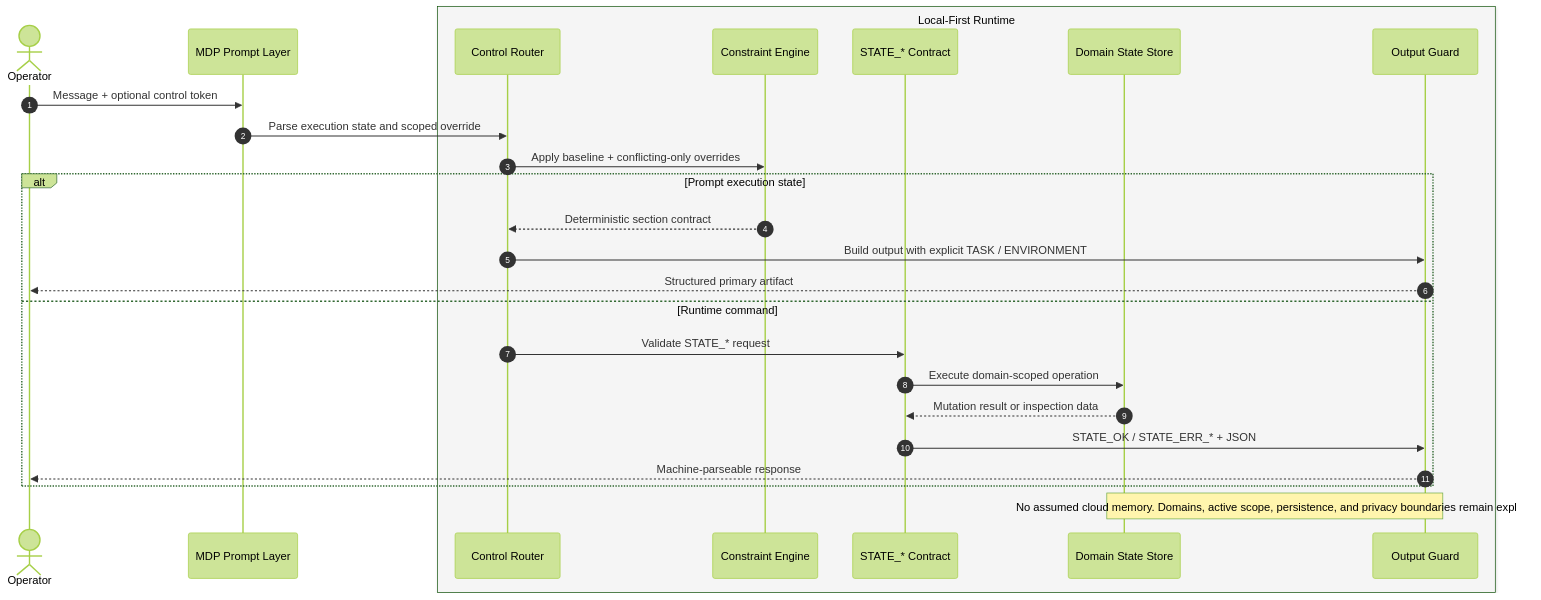
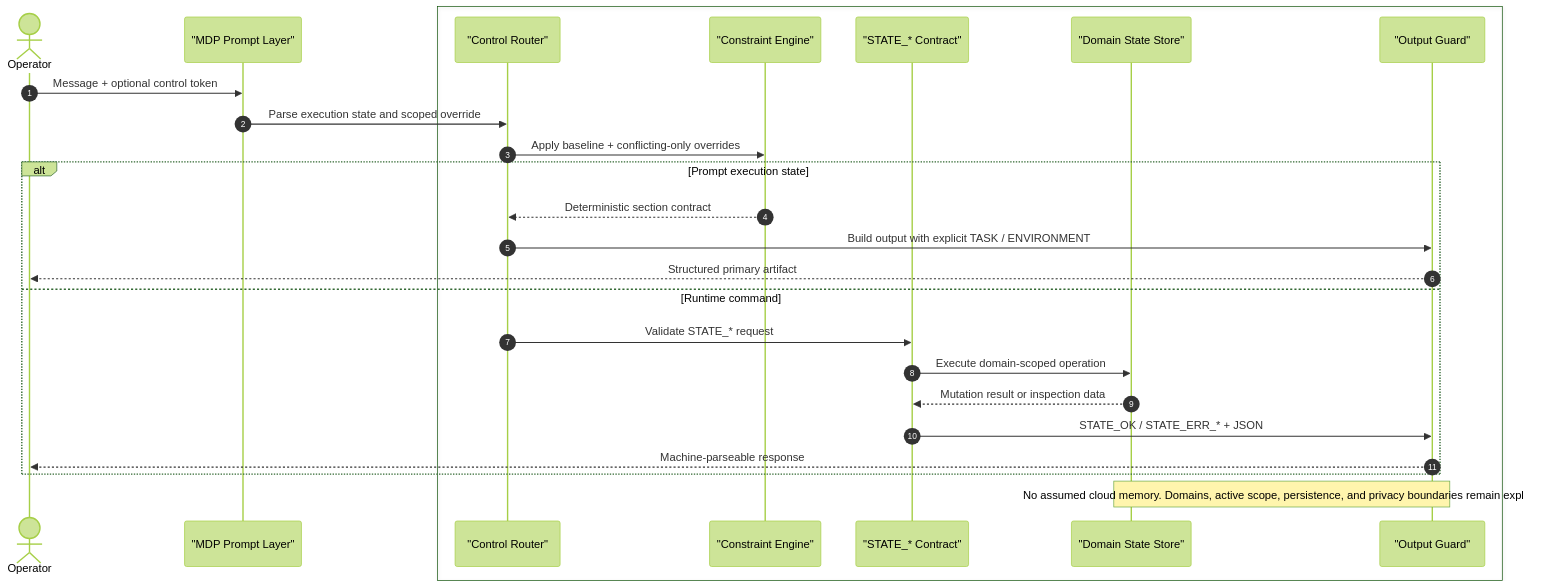
Before and after one commit to Aimergentix/memory-domain-control: the diagram in memory-domain-protocol.md, drawn with Mermaid (forest theme). The commit also changed other lines of this file, not shown here.

````diff
--- a/memory-domain-protocol.md
+++ b/memory-domain-protocol.md
@@ -187,31 +191,33 @@
 ```mermaid
 sequenceDiagram
     autonumber
     actor Operator
-    participant Prompt as MDP Prompt Layer
-    box rgb(245,245,245) Local-First Runtime
-        participant Router as Control Router
-        participant Policy as Constraint Engine
-        participant Contract as STATE_* Contract
-        participant Store as Domain State Store
-        participant Guard as Output Guard
+    participant Prompt as "MDP Prompt Layer"
+    
+    box #f5f5f5 "Local-First Runtime"
+        participant Router as "Control Router"
+        participant Policy as "Constraint Engine"
+        participant Contract as "STATE_* Contract"
+        participant Store as "Domain State Store"
+        participant Guard as "Output Guard"
     end
 
     Operator->>Prompt: Message + optional control token
     Prompt->>Router: Parse execution state and scoped override
     Router->>Policy: Apply baseline + conflicting-only overrides
 
     alt Prompt execution state
         Policy-->>Router: Deterministic section contract
         Router->>Guard: Build output with explicit TASK / ENVIRONMENT
         Guard-->>Operator: Structured primary artifact
     else Runtime command
         Router->>Contract: Validate STATE_* request
         Contract->>Store: Execute domain-scoped operation
         Store-->>Contract: Mutation result or inspection data
         Contract->>Guard: STATE_OK / STATE_ERR_* + JSON
         Guard-->>Operator: Machine-parseable response
     end
 
     Note over Store,Guard: No assumed cloud memory. Domains, active scope, persistence, and privacy boundaries remain explicit.
+
 ```
````
